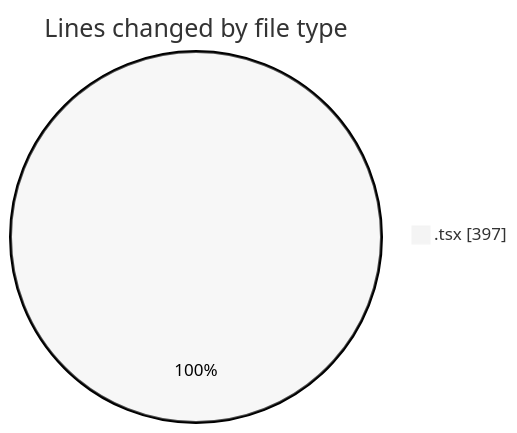
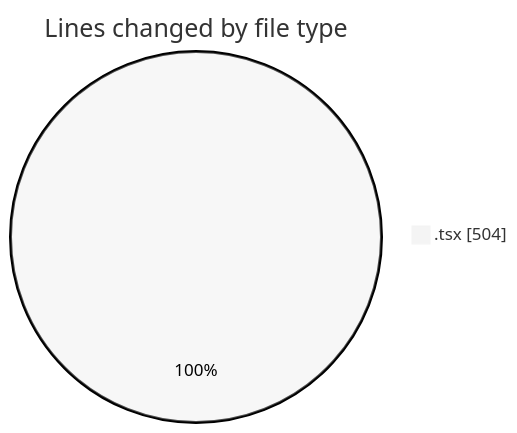
The first of 2 diagrams in 2026-01-09/cda/README.md (momahboobian/code-tracking), drawn with Mermaid (neutral theme) before and after one commit. The commit also changed other lines of this file and 1 other file, not shown here.

````diff
--- a/2026-01-09/cda/README.md
+++ b/2026-01-09/cda/README.md
@@ -20,5 +21,5 @@
 ```mermaid
 pie showData
 title Lines changed by file type
-".tsx" : 397
+".tsx" : 504
 ```
````
